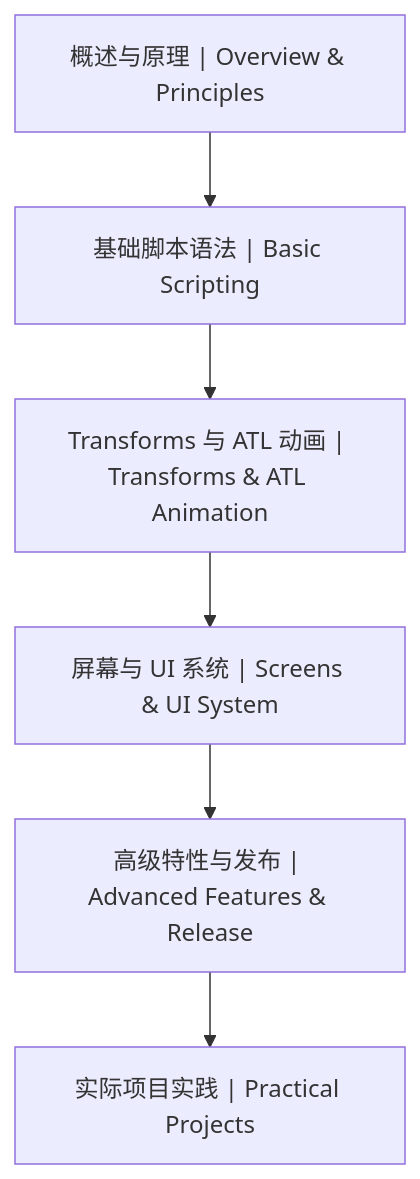
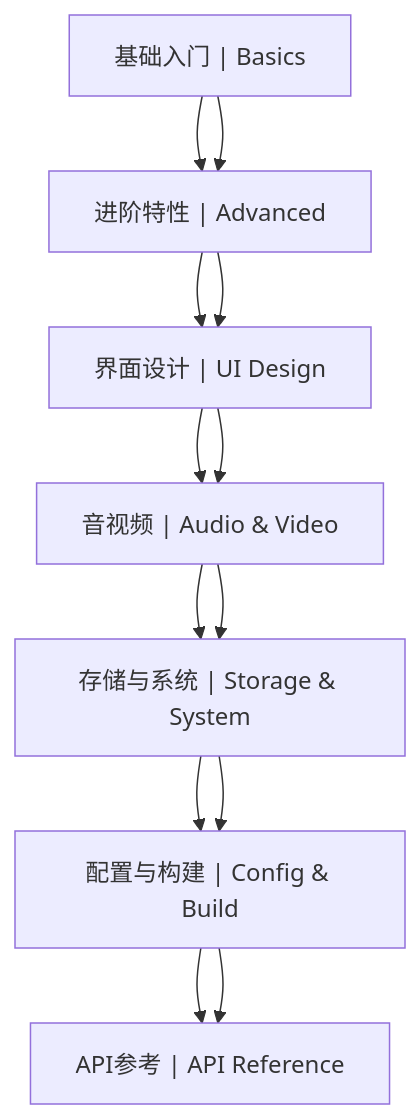
One commit to fanquanpp/MyNotebook changed the diagram in 16-Renpy/README.md. Above: the diagram before and after it, drawn with Mermaid. The commit also changed other lines of this file and 358 other files, not shown here.

````diff
--- a/16-Renpy/README.md
+++ b/16-Renpy/README.md
@@ -32,8 +29,16 @@
 ```mermaid
 graph TD
-    A["概述与原理 | Overview & Principles"] --> B["基础脚本语法 | Basic Scripting"]
-    B --> C["Transforms 与 ATL 动画 | Transforms & ATL Animation"]
-    C --> D["屏幕与 UI 系统 | Screens & UI System"]
-    D --> E["高级特性与发布 | Advanced Features & Release"]
-    E --> F["实际项目实践 | Practical Projects"]
+    A["基础入门 | Basics"] --> B["进阶特性 | Advanced"]
+    B --> C["界面设计 | UI Design"]
+    C --> D["音视频 | Audio & Video"]
+    D --> E["存储与系统 | Storage & System"]
+    E --> F["配置与构建 | Config & Build"]
+    F --> G["API参考 | API Reference"]
+
+    A --> B
+    B --> C
+    C --> D
+    D --> E
+    E --> F
+    F --> G
 ```
````
